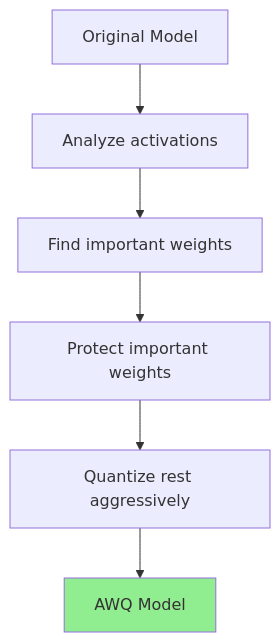
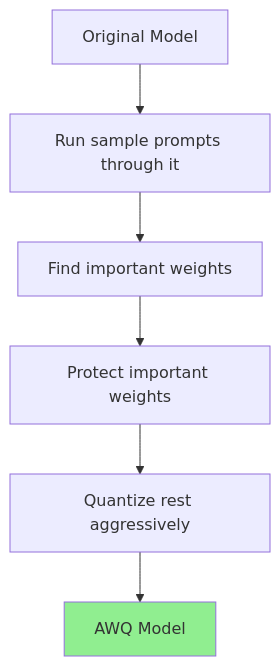
Before and after one commit to akshkr/akashnotes: the second of 6 diagrams in Phase_6_Advanced_Finetuning/Day_075_quantization_and_swapping_models/quantization_and_swapping_models.md, drawn with Mermaid. The commit also changed other lines of this file and 95 other files, not shown here.

````diff
--- a/Phase_6_Advanced_Finetuning/Day_075_quantization_and_swapping_models/quantization_and_swapping_models.md
+++ b/Phase_6_Advanced_Finetuning/Day_075_quantization_and_swapping_models/quantization_and_swapping_models.md
@@ -137,10 +147,10 @@
 ```mermaid
 flowchart TB
-    A["Original Model"] --> B["Analyze activations"]
+    A["Original Model"] --> B["Run sample prompts through it"]
     B --> C["Find important weights"]
     C --> D["Protect important weights"]
     D --> E["Quantize rest aggressively"]
     E --> F["AWQ Model"]
 
     style F fill:#90EE90
 ```
````
